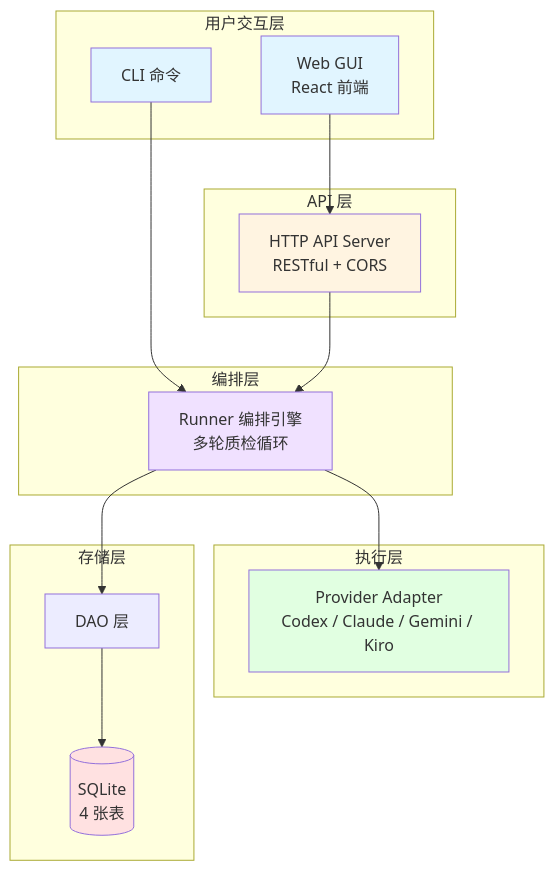
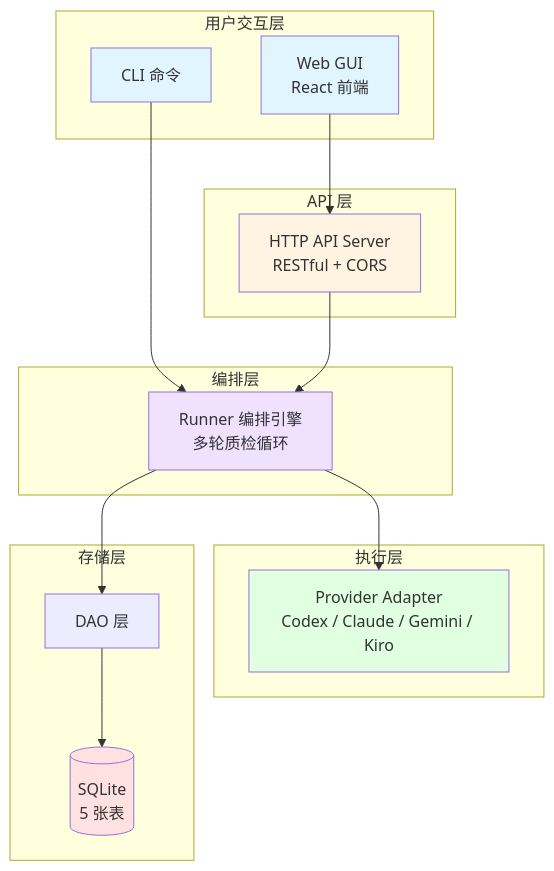
Before and after one commit to limecloud/qcloop: the second of 4 diagrams in docs/PRD.md, drawn with Mermaid. The commit also changed other lines of this file and 35 other files, not shown here.

````diff
--- a/docs/PRD.md
+++ b/docs/PRD.md
@@ -253,38 +297,38 @@
 ```mermaid
 graph TB
     subgraph "用户交互层"
         CLI[CLI 命令]
         GUI[Web GUI<br/>React 前端]
     end
     
     subgraph "API 层"
         API[HTTP API Server<br/>RESTful + CORS]
     end
     
     subgraph "编排层"
         Runner[Runner 编排引擎<br/>多轮质检循环]
     end
     
     subgraph "执行层"
         Executor[Provider Adapter<br/>Codex / Claude / Gemini / Kiro]
     end
     
     subgraph "存储层"
         DAO[DAO 层]
-        DB[(SQLite<br/>4 张表)]
+        DB[(SQLite<br/>5 张表)]
     end
     
     CLI --> Runner
     GUI --> API
     API --> Runner
     Runner --> Executor
     Runner --> DAO
     DAO --> DB
     
     style CLI fill:#e1f5ff
     style GUI fill:#e1f5ff
     style API fill:#fff4e1
     style Runner fill:#f0e1ff
     style Executor fill:#e1ffe1
     style DB fill:#ffe1e1
 ```
````
